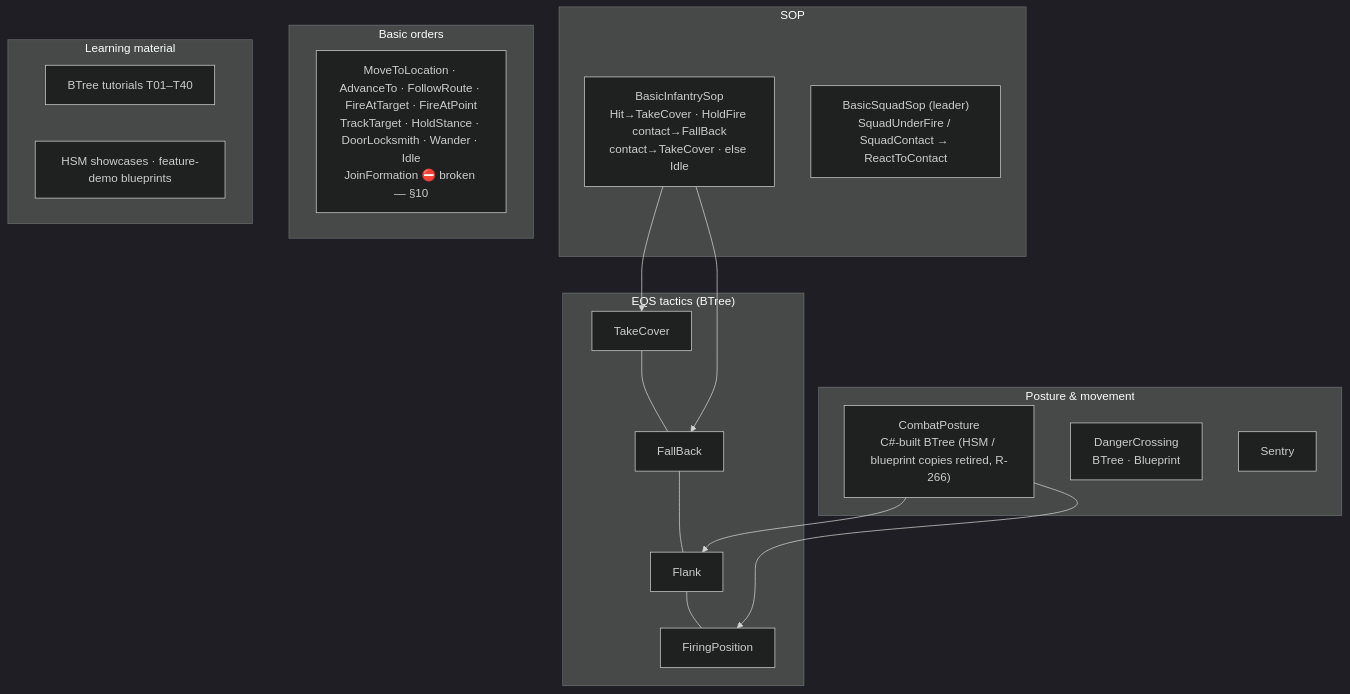
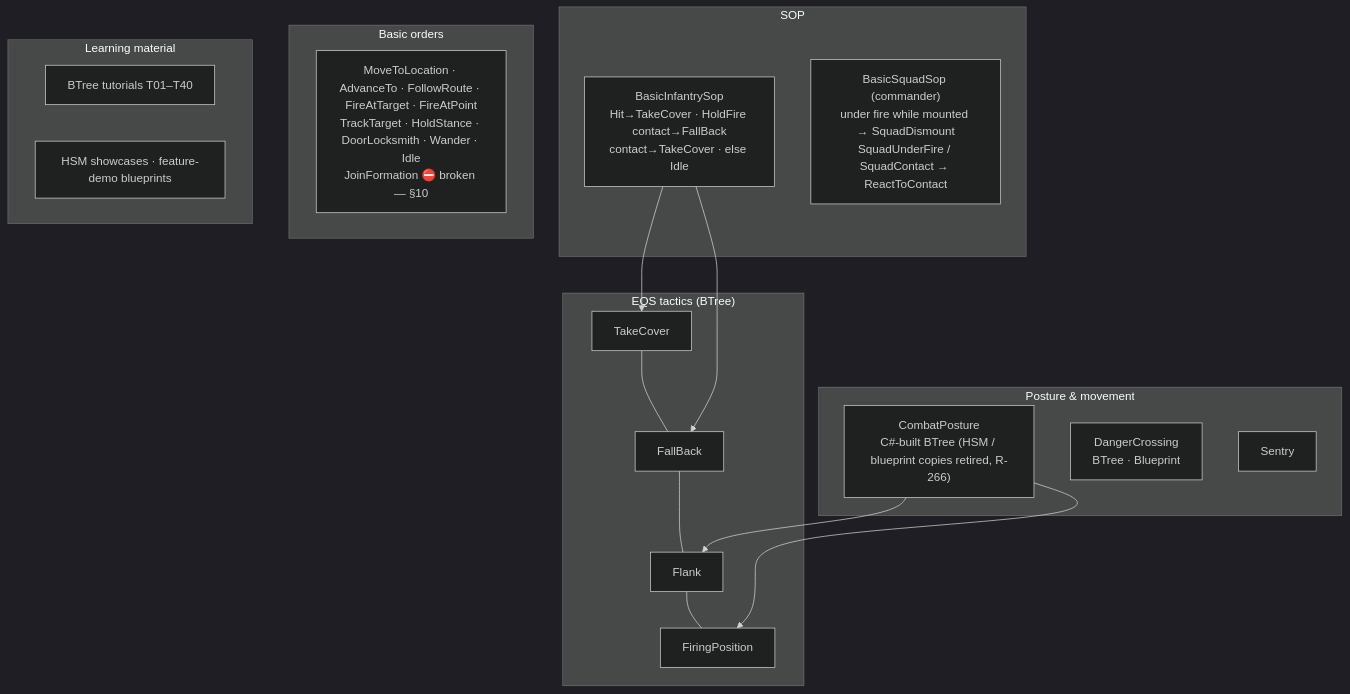
The sixth of 10 diagrams in docs/OVERVIEW_Behaviour_Building_Blocks.md (pjanec/HROT), drawn with Mermaid (dark theme) before and after one commit. The commit also changed other lines of this file and 20 other files, not shown here.

````diff
--- a/docs/OVERVIEW_Behaviour_Building_Blocks.md
+++ b/docs/OVERVIEW_Behaviour_Building_Blocks.md
@@ -200,26 +200,26 @@
 ```mermaid
 graph TD
   subgraph TAC["EQS tactics (BTree)"]
     a1["TakeCover"] --- a2["FallBack"] --- a3["Flank"] --- a4["FiringPosition"]
   end
   subgraph POS["Posture & movement"]
     b1["CombatPosture<br/>C#-built BTree (HSM / blueprint copies retired, R-266)"]
     b2["DangerCrossing<br/>BTree · Blueprint"]
     b3["Sentry"]
   end
   subgraph SOPB["SOP"]
     c1["BasicInfantrySop<br/>Hit→TakeCover · HoldFire contact→FallBack<br/>contact→TakeCover · else Idle"]
-    c2["BasicSquadSop (leader)<br/>SquadUnderFire / SquadContact → ReactToContact"]
+    c2["BasicSquadSop (commander)<br/>under fire while mounted → SquadDismount<br/>SquadUnderFire / SquadContact → ReactToContact"]
   end
   subgraph BASIC["Basic orders"]
     d1["MoveToLocation · AdvanceTo · FollowRoute · FireAtTarget · FireAtPoint<br/>TrackTarget · HoldStance · DoorLocksmith · Wander · Idle<br/>JoinFormation ⛔ broken — §10"]
   end
   subgraph LEARN["Learning material"]
     e1["BTree tutorials T01–T40"]
     e2["HSM showcases · feature-demo blueprints"]
   end
   c1 --> a1
   c1 --> a2
   b1 --> a3
   b1 --> a4
 ```
````
